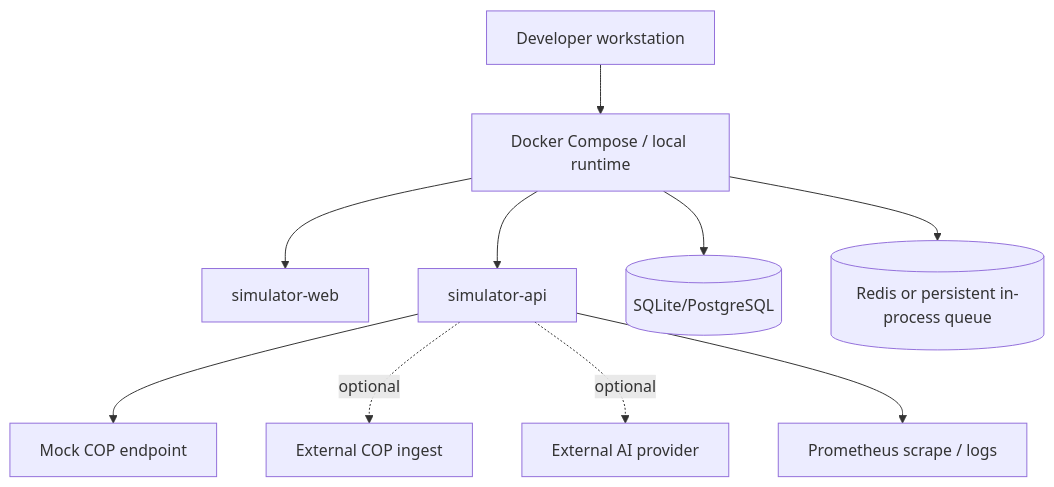
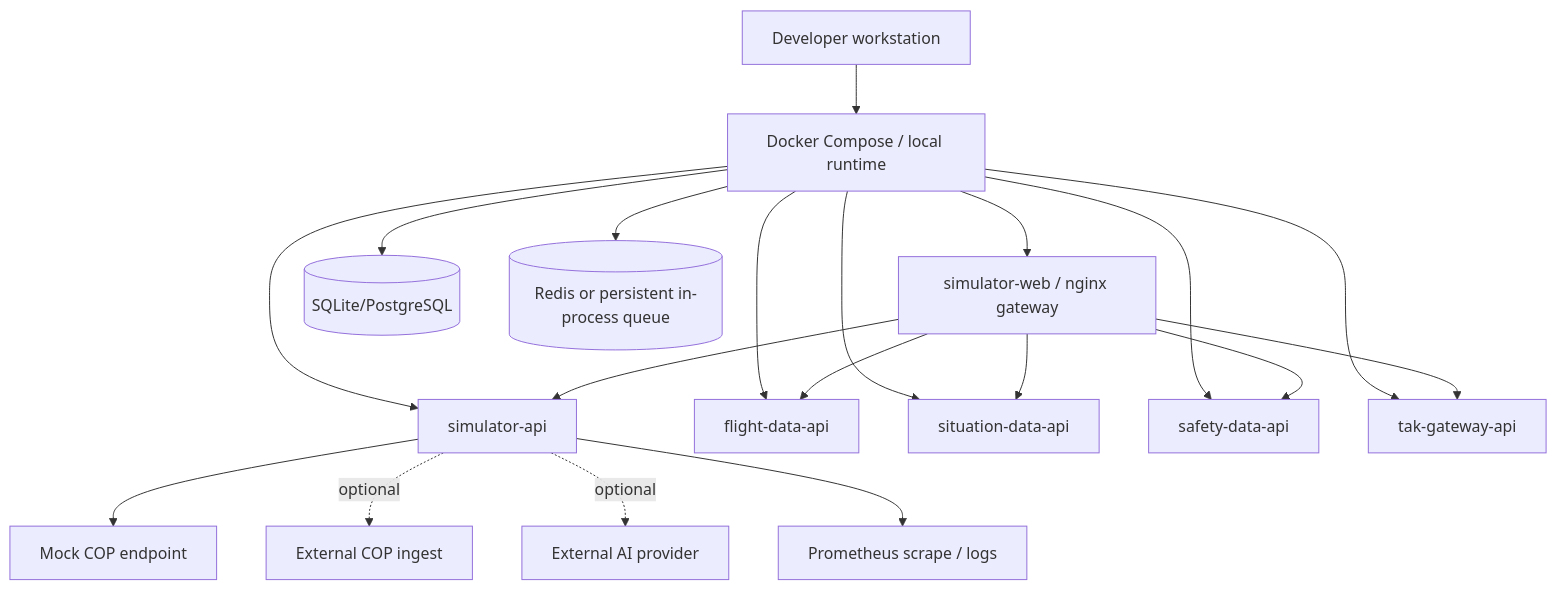
Before and after one commit to voldzi/delta_acr_sim: the diagram in docs/architecture/05_DEPLOYMENT_VIEW.md, drawn with Mermaid. The commit also changed other lines of this file and 6 other files, not shown here.

Commit message:
Stabilize nginx gateway service discovery

````diff
--- a/docs/architecture/05_DEPLOYMENT_VIEW.md
+++ b/docs/architecture/05_DEPLOYMENT_VIEW.md
@@ -5,12 +5,21 @@
 ```mermaid
 flowchart TB
     Dev["Developer workstation"] --> Compose["Docker Compose / local runtime"]
-    Compose --> Web["simulator-web"]
+    Compose --> Web["simulator-web / nginx gateway"]
     Compose --> API["simulator-api"]
+    Compose --> Flight["flight-data-api"]
+    Compose --> Situation["situation-data-api"]
+    Compose --> Safety["safety-data-api"]
+    Compose --> TAK["tak-gateway-api"]
     Compose --> Store[("SQLite/PostgreSQL")]
     Compose --> Redis[("Redis or persistent in-process queue")]
+    Web --> API
+    Web --> Flight
+    Web --> Situation
+    Web --> Safety
+    Web --> TAK
     API --> MockCOP["Mock COP endpoint"]
     API -. optional .-> COP["External COP ingest"]
     API -. optional .-> AI["External AI provider"]
     API --> Metrics["Prometheus scrape / logs"]
 ```
````
